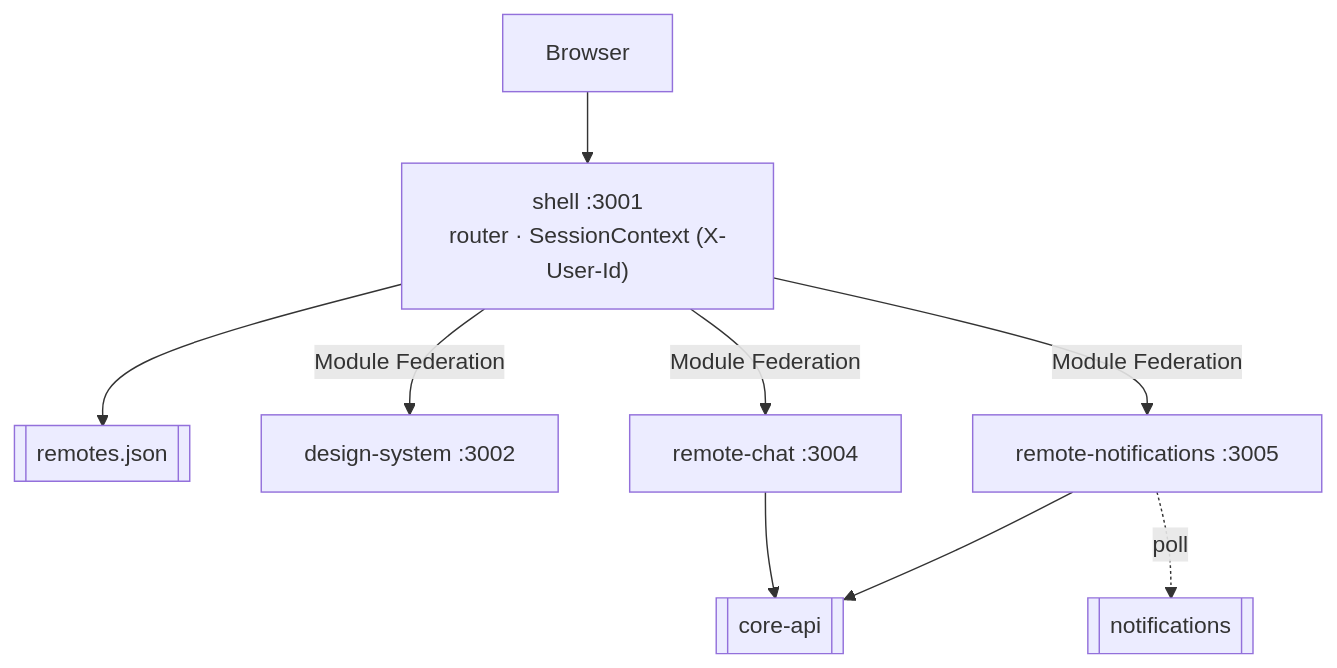
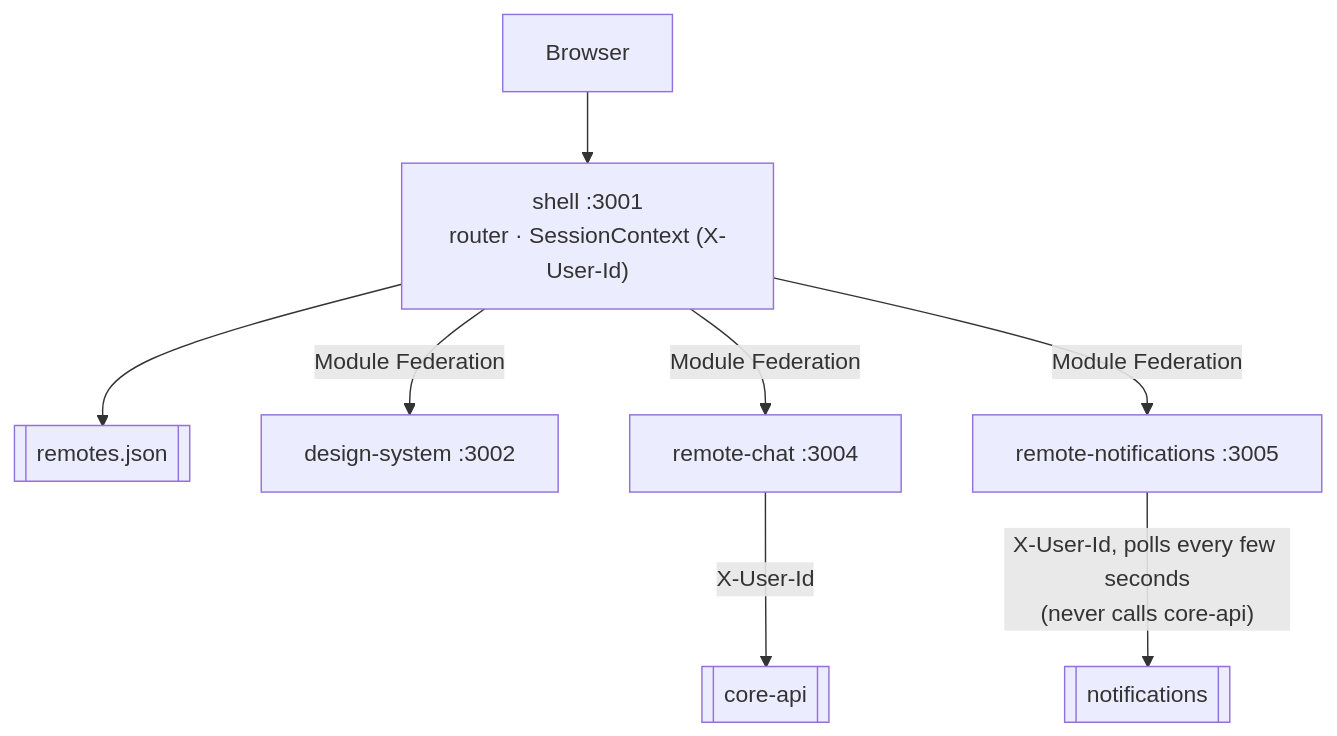
The second of 10 diagrams in README.md (codeshivamsi-sketch/ai_study_assistant_edumind), drawn with Mermaid before and after one commit. The commit also changed other lines of this file, not shown here.

Commit message:
fix core service hld

````diff
--- a/README.md
+++ b/README.md
@@ -64,11 +64,10 @@
 ```mermaid
 flowchart TD
     Browser --> Shell["shell :3001\nrouter · SessionContext (X-User-Id)"]
     Shell --> Manifest[["remotes.json"]]
     Shell -->|Module Federation| DS["design-system :3002"]
     Shell -->|Module Federation| Chat["remote-chat :3004"]
     Shell -->|Module Federation| RN["remote-notifications :3005"]
-    Chat --> CoreAPI[["core-api"]]
-    RN --> CoreAPI
-    RN -.poll.-> NotifSvc[["notifications"]]
+    Chat -->|X-User-Id| CoreAPI[["core-api"]]
+    RN -->|"X-User-Id, polls every few seconds\n(never calls core-api)"| NotifSvc[["notifications"]]
 ```
````
